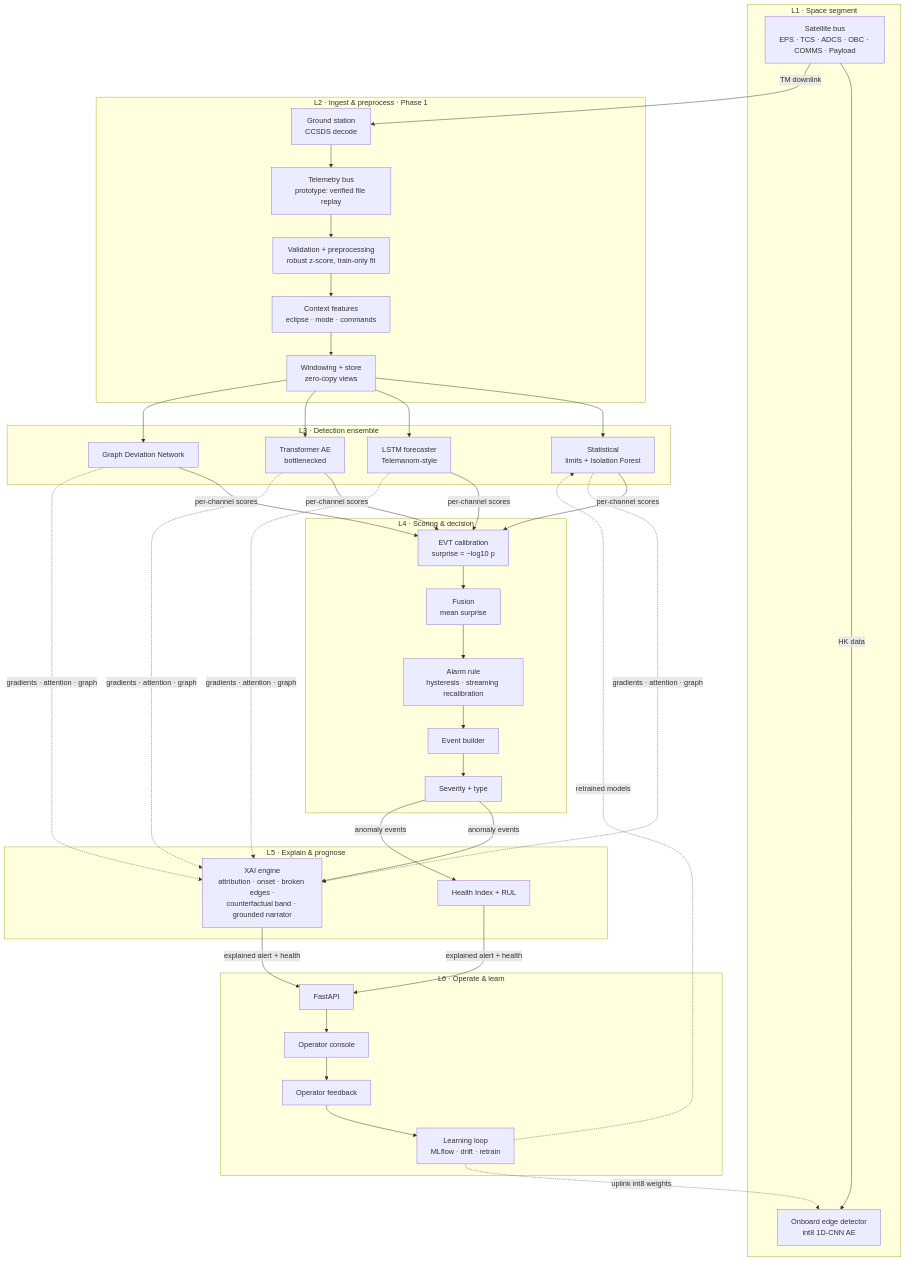
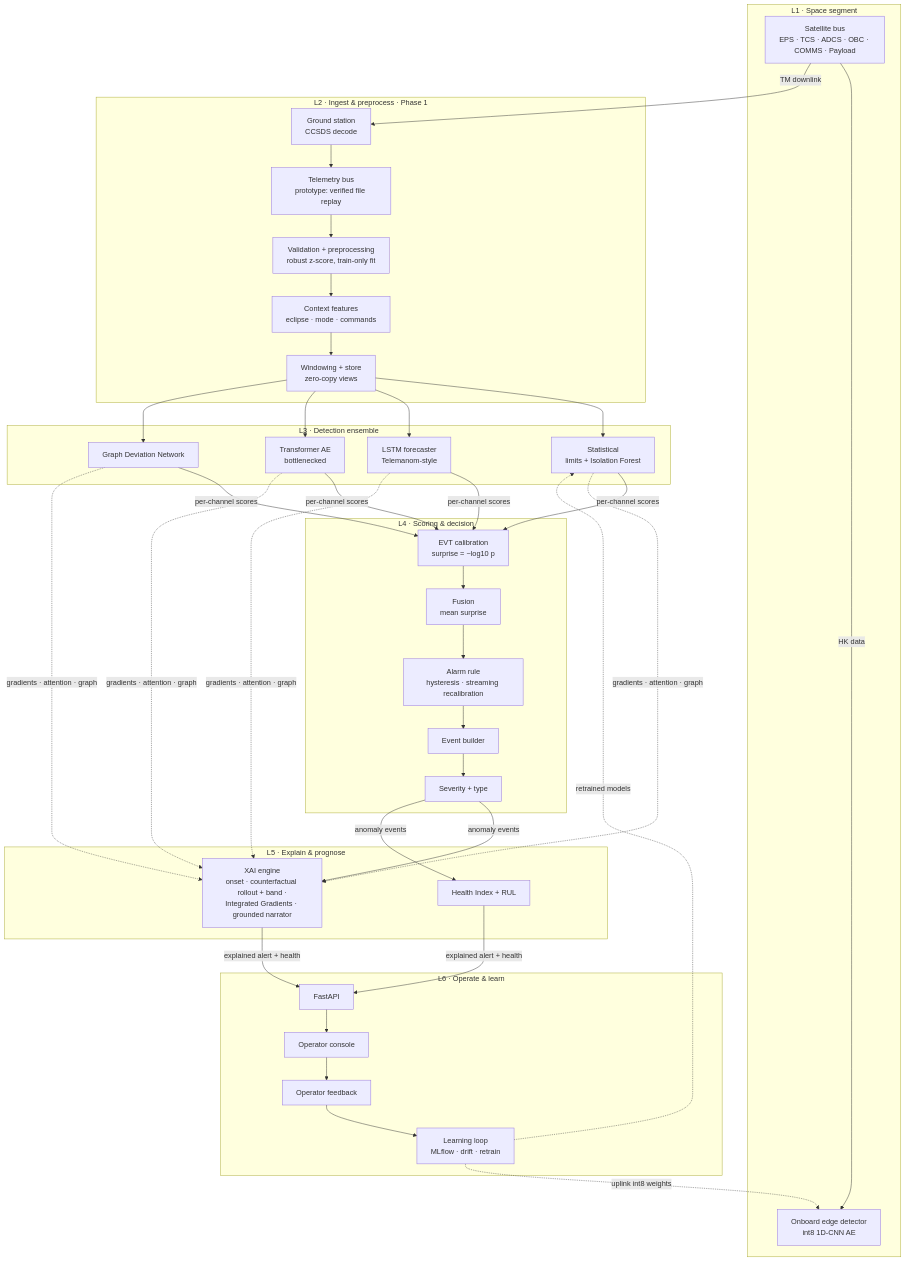
The diagram in docs/ARCHITECTURE.md (anurag-23werty/SatPred), drawn with Mermaid before and after one commit. The commit also changed other lines of this file and 2 other files, not shown here.

Commit message:
docs: mark Phase 5 complete in README, roadmap and architecture

````diff
--- a/docs/ARCHITECTURE.md
+++ b/docs/ARCHITECTURE.md
@@ -10,36 +11,36 @@
 ```mermaid
 flowchart TB
     subgraph L1[L1 · Space segment]
         BUS[Satellite bus<br/>EPS · TCS · ADCS · OBC · COMMS · Payload] -->|HK data| EDGE[Onboard edge detector<br/>int8 1D-CNN AE]
     end
     subgraph L2[L2 · Ingest & preprocess · Phase 1]
         GS[Ground station<br/>CCSDS decode] --> BUSQ[Telemetry bus<br/>prototype: verified file replay]
         BUSQ --> PRE[Validation + preprocessing<br/>robust z-score, train-only fit]
         PRE --> CTX[Context features<br/>eclipse · mode · commands]
         CTX --> WIN[Windowing + store<br/>zero-copy views]
     end
     subgraph L3[L3 · Detection ensemble]
         M1[Statistical<br/>limits + Isolation Forest]
         M2[LSTM forecaster<br/>Telemanom-style]
         M3[Transformer AE<br/>bottlenecked]
         M4[Graph Deviation Network]
     end
     subgraph L4[L4 · Scoring & decision]
         NORM[EVT calibration<br/>surprise = −log10 p] --> FUSE[Fusion<br/>mean surprise] --> THR[Alarm rule<br/>hysteresis · streaming recalibration] --> EVT[Event builder] --> SEV[Severity + type]
     end
     subgraph L5[L5 · Explain & prognose]
-        XAI[XAI engine<br/>attribution · onset · broken edges ·<br/>counterfactual band · grounded narrator]
+        XAI[XAI engine<br/>onset · counterfactual rollout + band ·<br/>Integrated Gradients · grounded narrator]
         HI[Health Index + RUL]
     end
     subgraph L6[L6 · Operate & learn]
         API[FastAPI] --> UI[Operator console] --> FB[Operator feedback] --> MLOPS[Learning loop<br/>MLflow · drift · retrain]
     end
     BUS -->|TM downlink| GS
     WIN --> M1 & M2 & M3 & M4
     M1 & M2 & M3 & M4 -->|per-channel scores| NORM
     M1 & M2 & M3 & M4 -. gradients · attention · graph .-> XAI
     SEV -->|anomaly events| XAI & HI
     XAI & HI -->|explained alert + health| API
     MLOPS -. retrained models .-> M1
     MLOPS -. uplink int8 weights .-> EDGE
 ```
````
